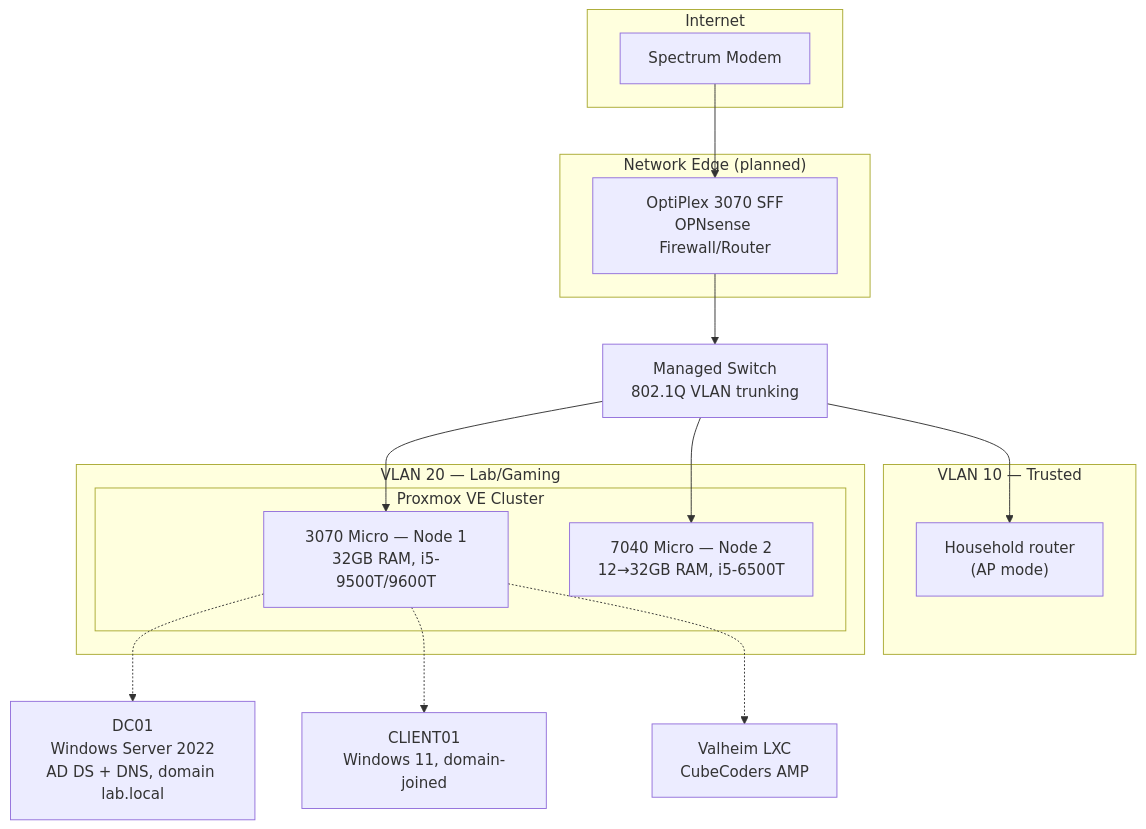
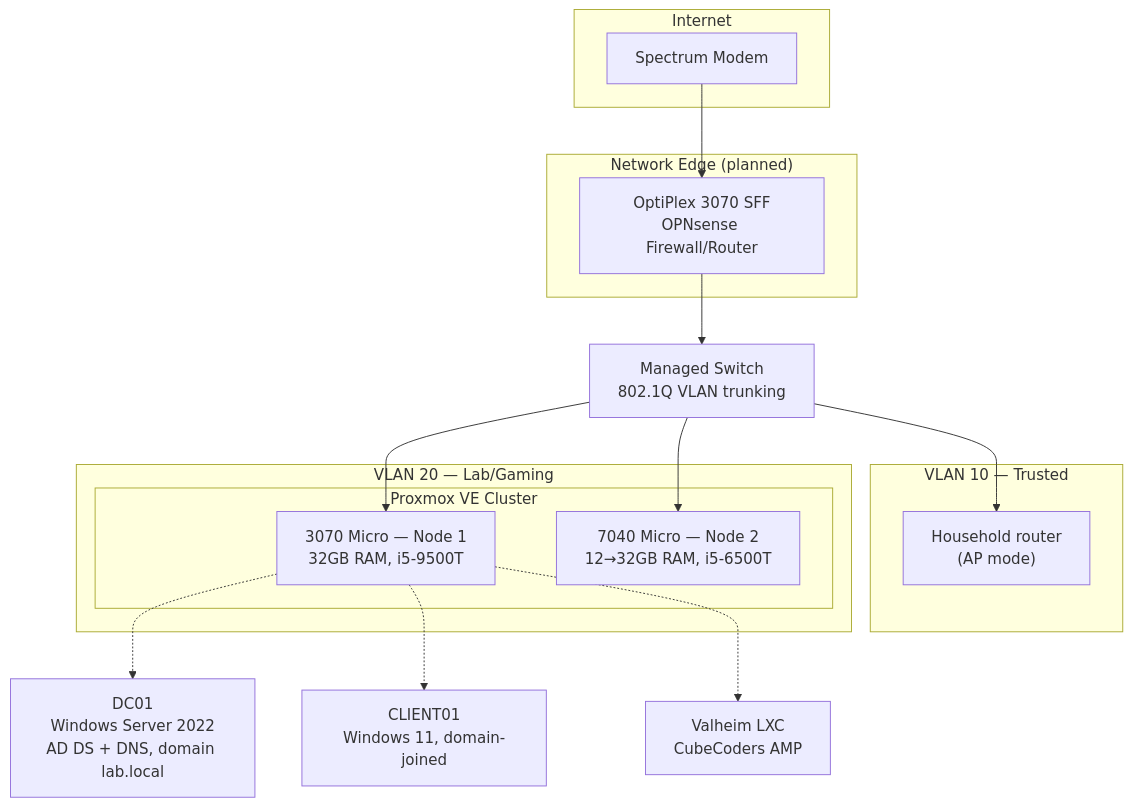
One commit to kobehep/homelab changed the diagram in README.md. Above: the diagram before and after it, drawn with Mermaid.

Commit message:
Remove redundant CPU model from README

````diff
--- a/README.md
+++ b/README.md
@@ -18,28 +18,28 @@
 ```mermaid
 flowchart TB
     subgraph WAN["Internet"]
         Modem["Spectrum Modem"]
     end
     subgraph Edge["Network Edge (planned)"]
         SFF["OptiPlex 3070 SFF<br/>OPNsense Firewall/Router"]
     end
     Switch["Managed Switch<br/>802.1Q VLAN trunking"]
     subgraph VLAN10["VLAN 10 — Trusted"]
         AP["Household router<br/>(AP mode)"]
     end
     subgraph VLAN20["VLAN 20 — Lab/Gaming"]
         subgraph Cluster["Proxmox VE Cluster"]
-            Micro["3070 Micro — Node 1<br/>32GB RAM, i5-9500T/9600T"]
+            Micro["3070 Micro — Node 1<br/>32GB RAM, i5-9500T"]
             N7040["7040 Micro — Node 2<br/>12→32GB RAM, i5-6500T"]
         end
     end
 
     Modem --> SFF --> Switch
     Switch --> AP
     Switch --> Micro
     Switch --> N7040
 
     Micro -.-> DC01["DC01<br/>Windows Server 2022<br/>AD DS + DNS, domain lab.local"]
     Micro -.-> CLIENT01["CLIENT01<br/>Windows 11, domain-joined"]
     Micro -.-> Valheim["Valheim LXC<br/>CubeCoders AMP"]
 ```
````
